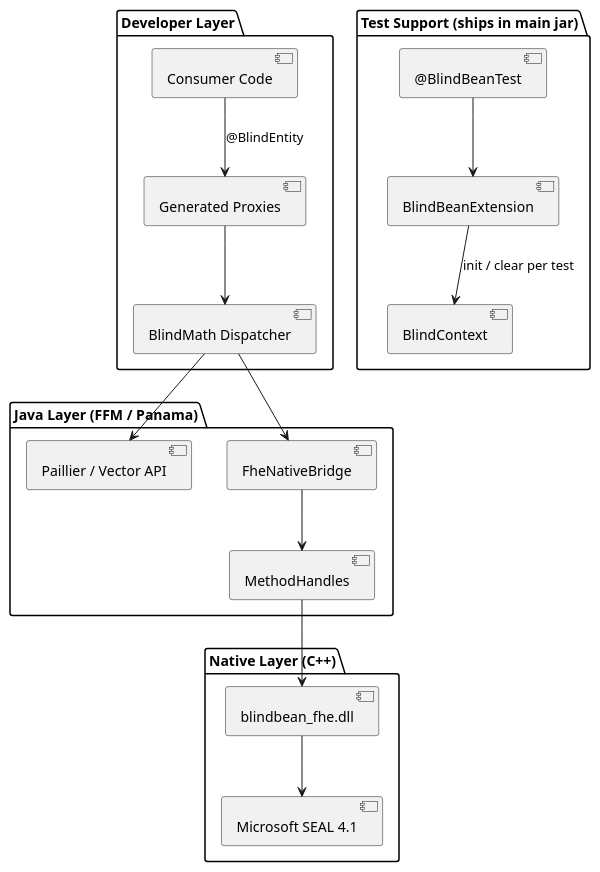
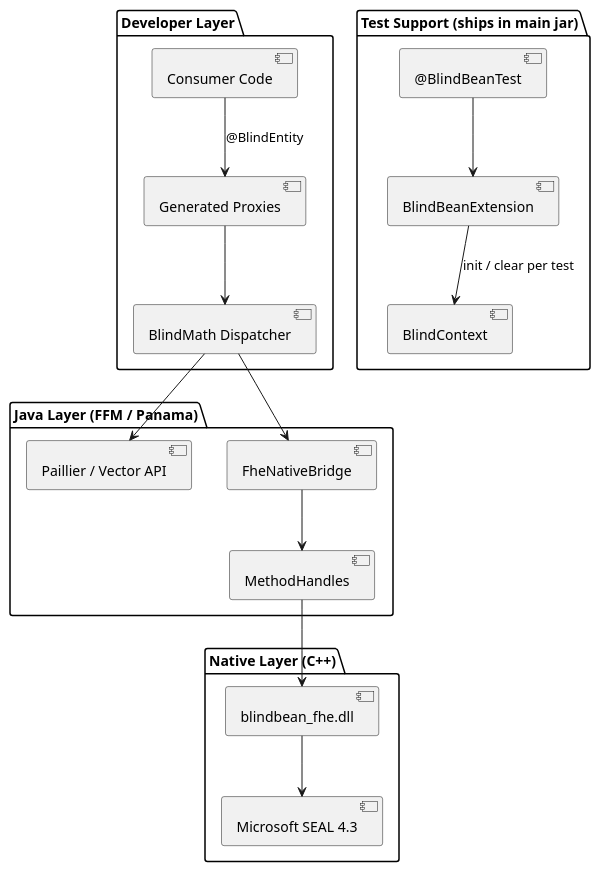
One commit to PIsberg/blindbean changed the first of 3 diagrams in docs/ARCHITECTURE.md. Above: the diagram before and after it, drawn with PlantUML. The commit also changed other lines of this file and 10 other files, not shown here.

````diff
--- a/docs/ARCHITECTURE.md
+++ b/docs/ARCHITECTURE.md
@@ -9,24 +9,24 @@
 ```plantuml
 @startuml
 package "Developer Layer" {
     [Consumer Code] --> [Generated Proxies] : @BlindEntity
     [Generated Proxies] --> [BlindMath Dispatcher]
 }
 
 package "Java Layer (FFM / Panama)" {
     [BlindMath Dispatcher] --> [Paillier / Vector API]
     [BlindMath Dispatcher] --> [FheNativeBridge]
     [FheNativeBridge] --> [MethodHandles]
 }
 
 package "Native Layer (C++)" {
     [MethodHandles] --> [blindbean_fhe.dll]
-    [blindbean_fhe.dll] --> [Microsoft SEAL 4.1]
+    [blindbean_fhe.dll] --> [Microsoft SEAL 4.3]
 }
 
 package "Test Support (ships in main jar)" {
     [@BlindBeanTest] --> [BlindBeanExtension]
     [BlindBeanExtension] --> [BlindContext] : init / clear per test
 }
 @enduml
 ```
````
